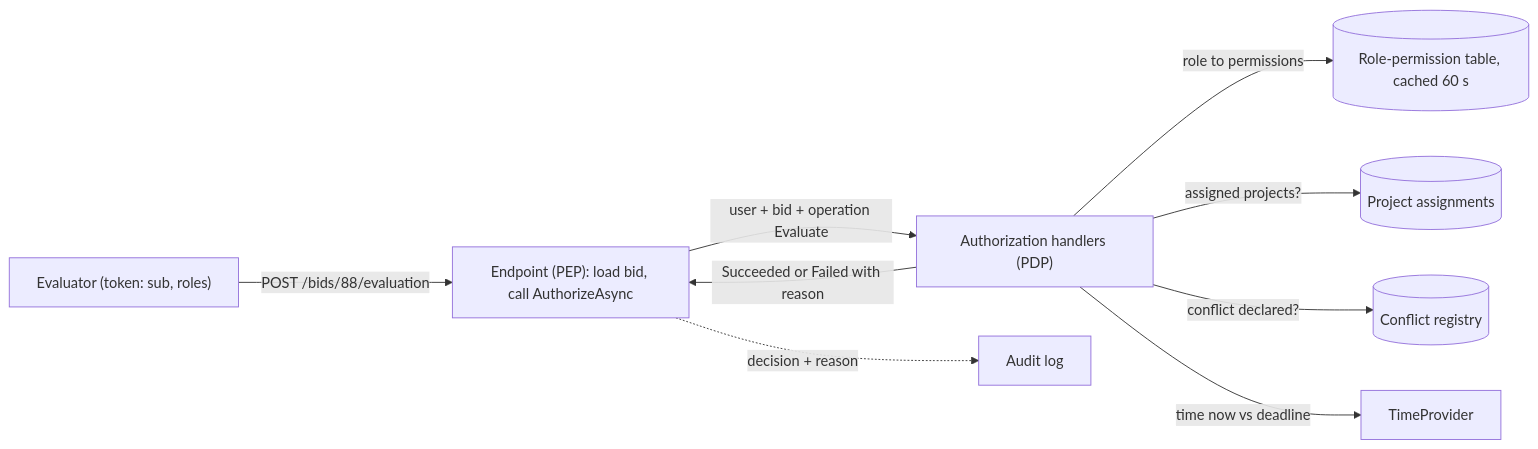
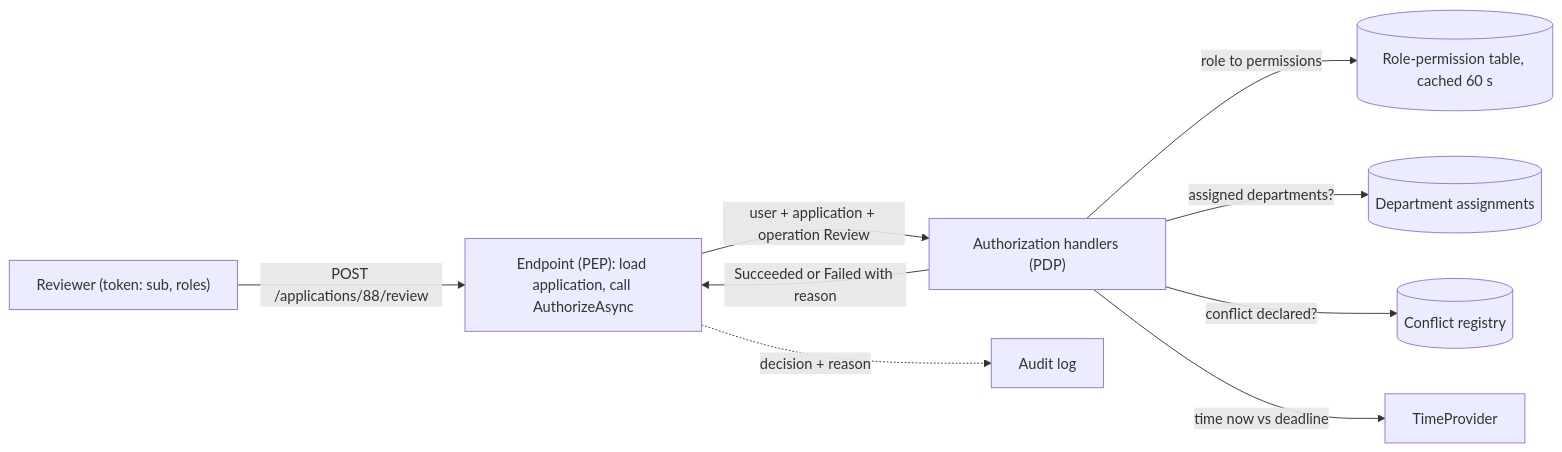
Before and after one commit to rizwi0786/system-design-lab: the first of 2 diagrams in content/lessons/m14/m14-rbac-pbac.md, drawn with Mermaid. The commit also changed other lines of this file and 334 other files, not shown here.

````diff
--- a/content/lessons/m14/m14-rbac-pbac.md
+++ b/content/lessons/m14/m14-rbac-pbac.md
@@ -162,11 +162,11 @@
 ```mermaid
 flowchart LR
-    U["Evaluator (token: sub, roles)"] -->|"POST /bids/88/evaluation"| PEP["Endpoint (PEP): load bid, call AuthorizeAsync"]
-    PEP -->|"user + bid + operation Evaluate"| PDP["Authorization handlers (PDP)"]
+    U["Reviewer (token: sub, roles)"] -->|"POST /applications/88/review"| PEP["Endpoint (PEP): load application, call AuthorizeAsync"]
+    PEP -->|"user + application + operation Review"| PDP["Authorization handlers (PDP)"]
     PDP -->|"role to permissions"| RP[("Role-permission table, cached 60 s")]
-    PDP -->|"assigned projects?"| AS[("Project assignments")]
+    PDP -->|"assigned departments?"| AS[("Department assignments")]
     PDP -->|"conflict declared?"| CR[("Conflict registry")]
     PDP -->|"time now vs deadline"| CLK["TimeProvider"]
     PDP -->|"Succeeded or Failed with reason"| PEP
     PEP -.->|"decision + reason"| AUD["Audit log"]
 ```
````
